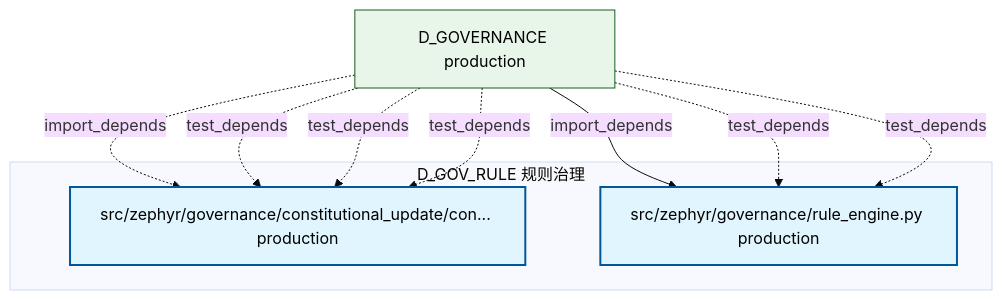
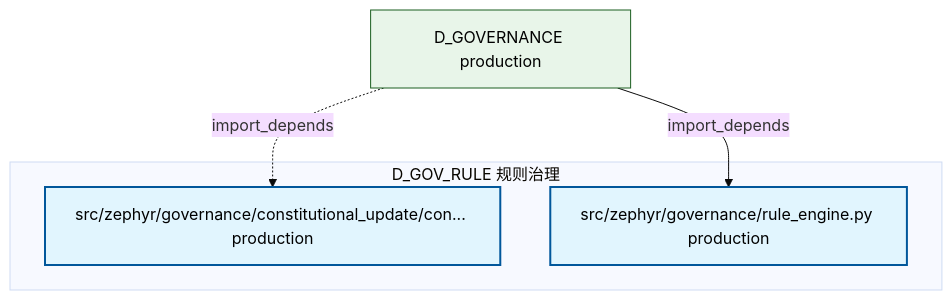
The diagram in docs/02_enterprise_architecture/02_domain_architecture_docs/38_d_gov_rule.md (xuanFelixVan/ZephyrAlpha), drawn with Mermaid (base theme) before and after one commit. The commit also changed other lines of this file and 105 other files, not shown here.

````diff
--- a/docs/02_enterprise_architecture/02_domain_architecture_docs/38_d_gov_rule.md
+++ b/docs/02_enterprise_architecture/02_domain_architecture_docs/38_d_gov_rule.md
@@ -47,21 +47,16 @@
 ```mermaid
 graph TD
     subgraph D_GOV_RULE["D_GOV_RULE 规则治理"]
         src_zephyr_governance_constitutional_update_constitutional_update_py["src/zephyr/governance/constitutional_update/con... production"]
         src_zephyr_governance_rule_engine_py["src/zephyr/governance/rule_engine.py production"]
     end
     D_GOVERNANCE["D_GOVERNANCE production"]
     D_GOVERNANCE -->|import_depends| src_zephyr_governance_rule_engine_py
     D_GOVERNANCE -.->|import_depends| src_zephyr_governance_constitutional_update_constitutional_update_py
-    D_GOVERNANCE -.->|test_depends| src_zephyr_governance_rule_engine_py
-    D_GOVERNANCE -.->|test_depends| src_zephyr_governance_rule_engine_py
-    D_GOVERNANCE -.->|test_depends| src_zephyr_governance_constitutional_update_constitutional_update_py
-    D_GOVERNANCE -.->|test_depends| src_zephyr_governance_constitutional_update_constitutional_update_py
-    D_GOVERNANCE -.->|test_depends| src_zephyr_governance_constitutional_update_constitutional_update_py
     classDef production fill:#e1f5fe,stroke:#01579b,stroke-width:2px,color:#000
     classDef design fill:#fff3e0,stroke:#e65100,stroke-width:2px,color:#000,stroke-dasharray: 5 5
     classDef external_prod fill:#e8f5e9,stroke:#1b5e20,stroke-width:1px,color:#000
     classDef external_design fill:#fce4ec,stroke:#880e4f,stroke-width:1px,color:#000,stroke-dasharray: 5 5
     class src_zephyr_governance_constitutional_update_constitutional_update_py,src_zephyr_governance_rule_engine_py production
     class D_GOVERNANCE external_prod
 ```
````
